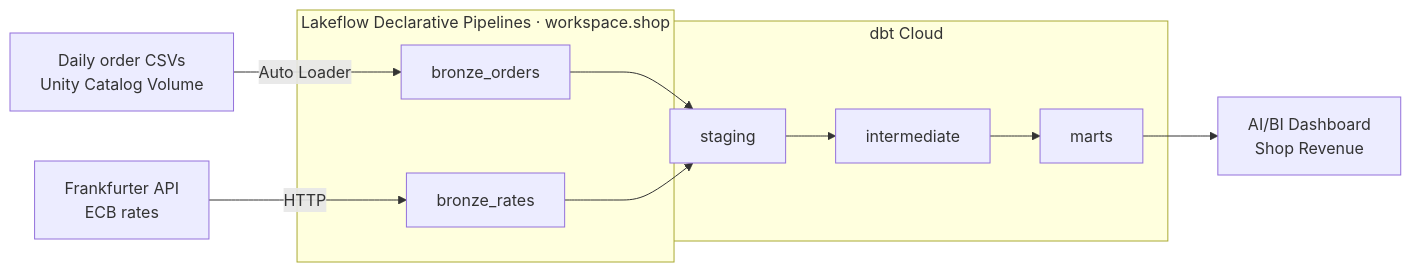
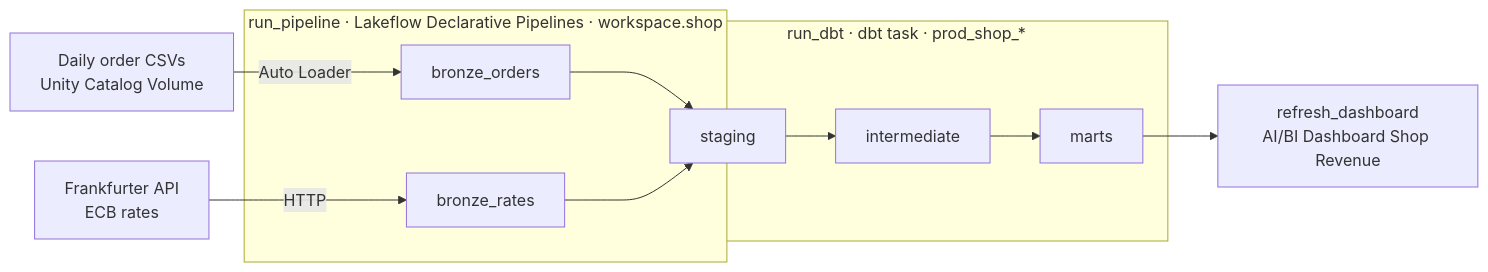
The first of 3 diagrams in README.md (grishina97/shop-pipeline), drawn with Mermaid before and after one commit. The commit also changed other lines of this file and 5 other files, not shown here.

First line of the commit message:
Run pipeline, dbt and dashboard refresh as one bundle job

````diff
--- a/README.md
+++ b/README.md
@@ -18,18 +19,18 @@
 ```mermaid
 flowchart LR
     CSV["Daily order CSVs<br/>Unity Catalog Volume"] -->|Auto Loader| BO[bronze_orders]
     API["Frankfurter API<br/>ECB rates"] -->|HTTP| BR[bronze_rates]
 
-    subgraph Lakeflow["Lakeflow Declarative Pipelines · workspace.shop"]
+    subgraph Lakeflow["run_pipeline · Lakeflow Declarative Pipelines · workspace.shop"]
         BO
         BR
     end
 
-    subgraph dbt["dbt Cloud"]
+    subgraph dbt["run_dbt · dbt task · prod_shop_*"]
         STG[staging] --> INT[intermediate] --> MARTS[marts]
     end
 
     BO --> STG
     BR --> STG
-    MARTS --> DASH["AI/BI Dashboard<br/>Shop Revenue"]
+    MARTS --> DASH["refresh_dashboard<br/>AI/BI Dashboard Shop Revenue"]
 ```
````
